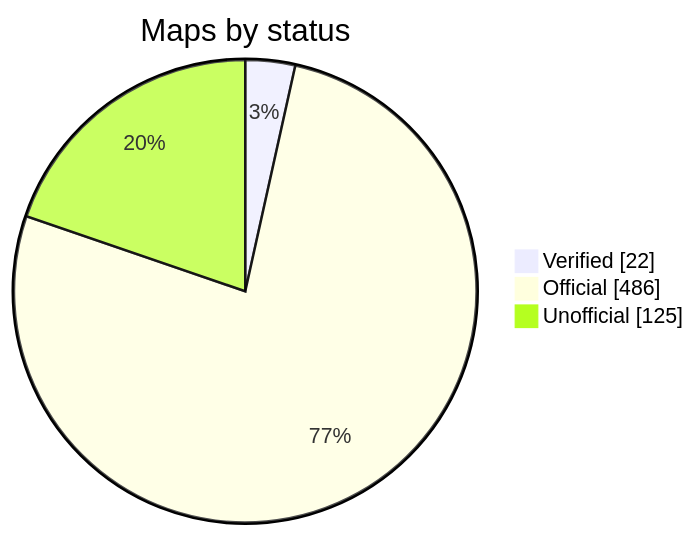
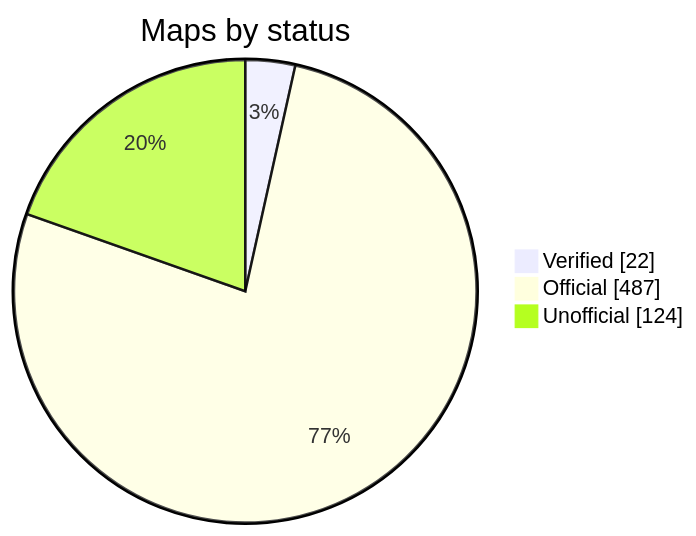
Before and after one commit to nobrega8/mbmap-library: the diagram in README.md, drawn with Mermaid. The commit also changed 6 other files, not shown here.

````diff
--- a/README.md
+++ b/README.md
@@ -52,7 +52,7 @@
 ```mermaid
 pie showData
     title Maps by status
     "Verified" : 22
-    "Official" : 486
-    "Unofficial" : 125
+    "Official" : 487
+    "Unofficial" : 124
 ```
````
